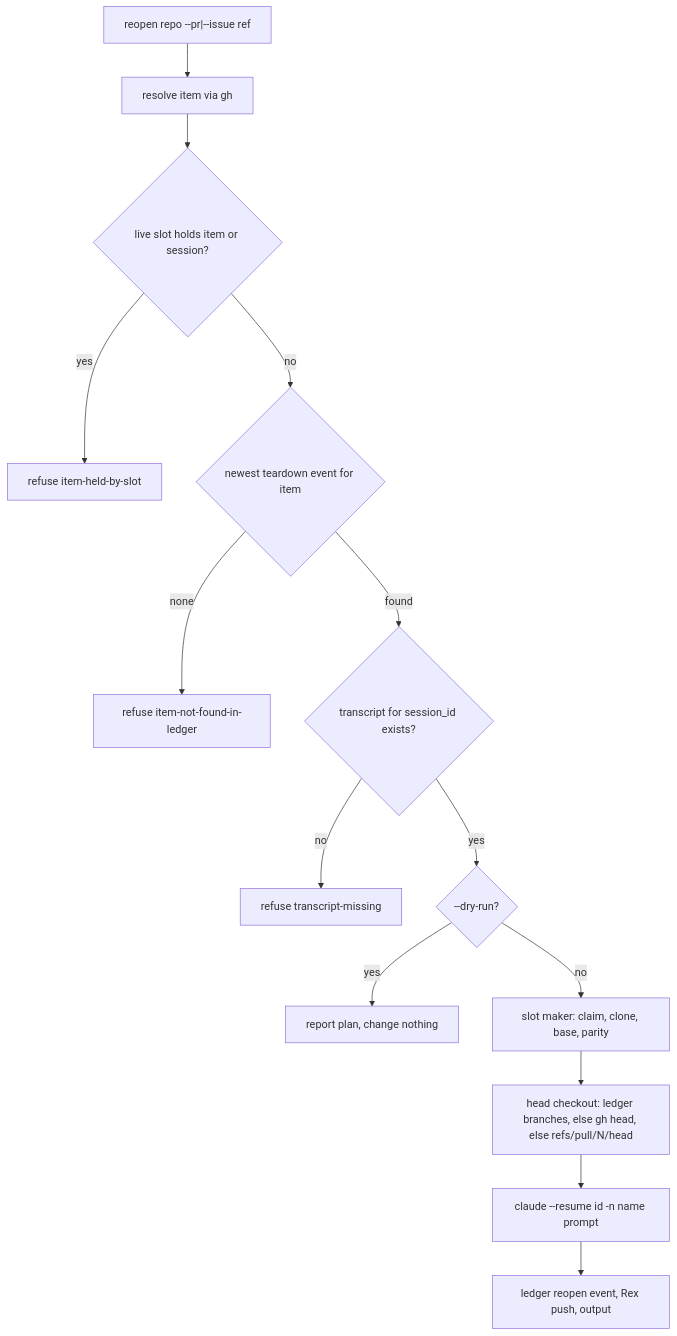
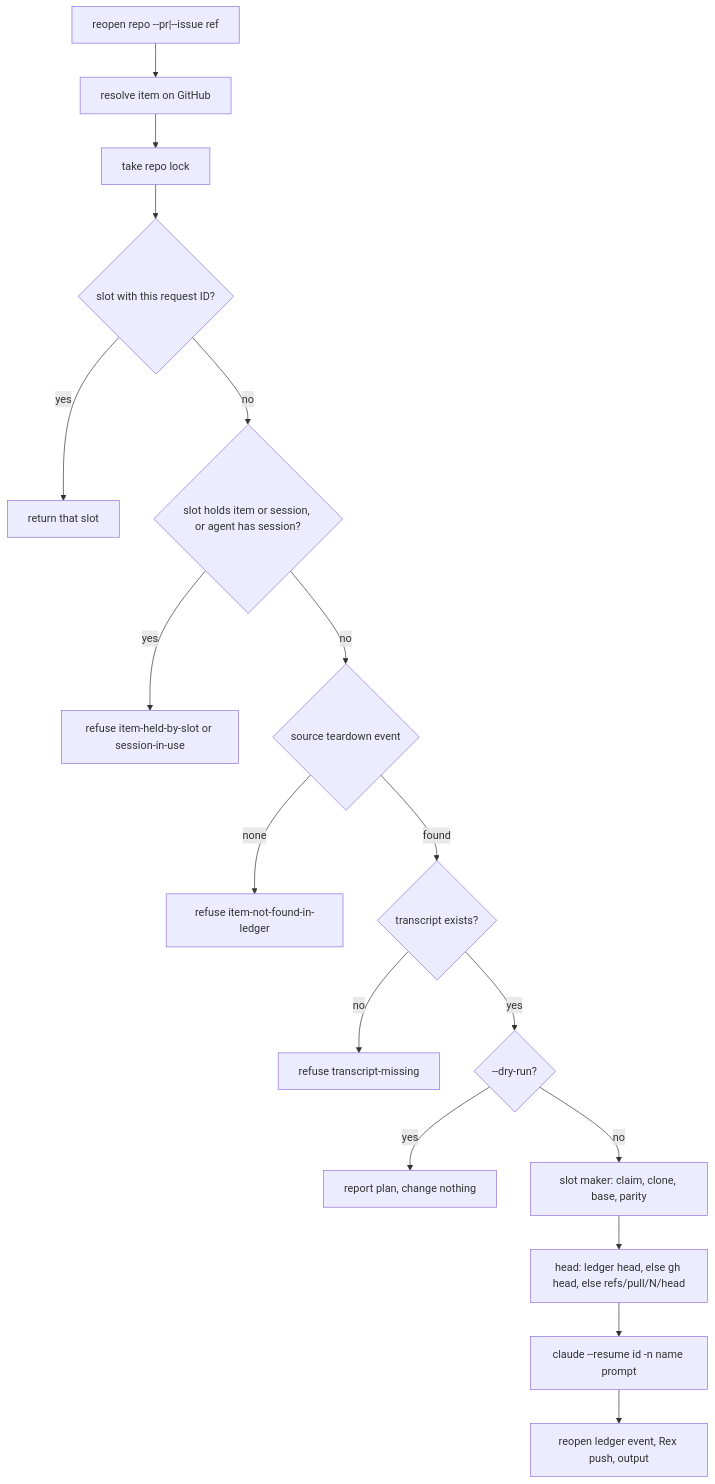
Before and after one commit to brettdavies/dotfiles: the first of 2 diagrams in docs/plans/2026-10-30-1342-feat-agent-slot-work-items-and-reopen-plan.md, drawn with Mermaid. The commit also changed other lines of this file, not shown here.

First line of the commit message:
docs(plans): deepen the agent-slot work items and reopen plan

````diff
--- a/docs/plans/2026-10-30-1342-feat-agent-slot-work-items-and-reopen-plan.md
+++ b/docs/plans/2026-10-30-1342-feat-agent-slot-work-items-and-reopen-plan.md
@@ -250,16 +286,19 @@
 ```mermaid
 flowchart TD
-  A["reopen repo --pr|--issue ref"] --> B[resolve item via gh]
-  B --> C{live slot holds item or session?}
-  C -- yes --> R1[refuse item-held-by-slot]
-  C -- no --> D{newest teardown event for item}
+  A["reopen repo --pr|--issue ref"] --> B[resolve item on GitHub]
+  B --> L[take repo lock]
+  L --> Q{slot with this request ID?}
+  Q -- yes --> RQ[return that slot]
+  Q -- no --> C{slot holds item or session, or agent has session?}
+  C -- yes --> R1[refuse item-held-by-slot or session-in-use]
+  C -- no --> D{source teardown event}
   D -- none --> R2[refuse item-not-found-in-ledger]
-  D -- found --> E{transcript for session_id exists?}
+  D -- found --> E{transcript exists?}
   E -- no --> R3[refuse transcript-missing]
   E -- yes --> F{--dry-run?}
   F -- yes --> G[report plan, change nothing]
   F -- no --> H[slot maker: claim, clone, base, parity]
-  H --> I["head checkout: ledger branches, else gh head, else refs/pull/N/head"]
+  H --> I["head: ledger head, else gh head, else refs/pull/N/head"]
   I --> J["claude --resume id -n name prompt"]
-  J --> K[ledger reopen event, Rex push, output]
+  J --> K[reopen ledger event, Rex push, output]
 ```
````
